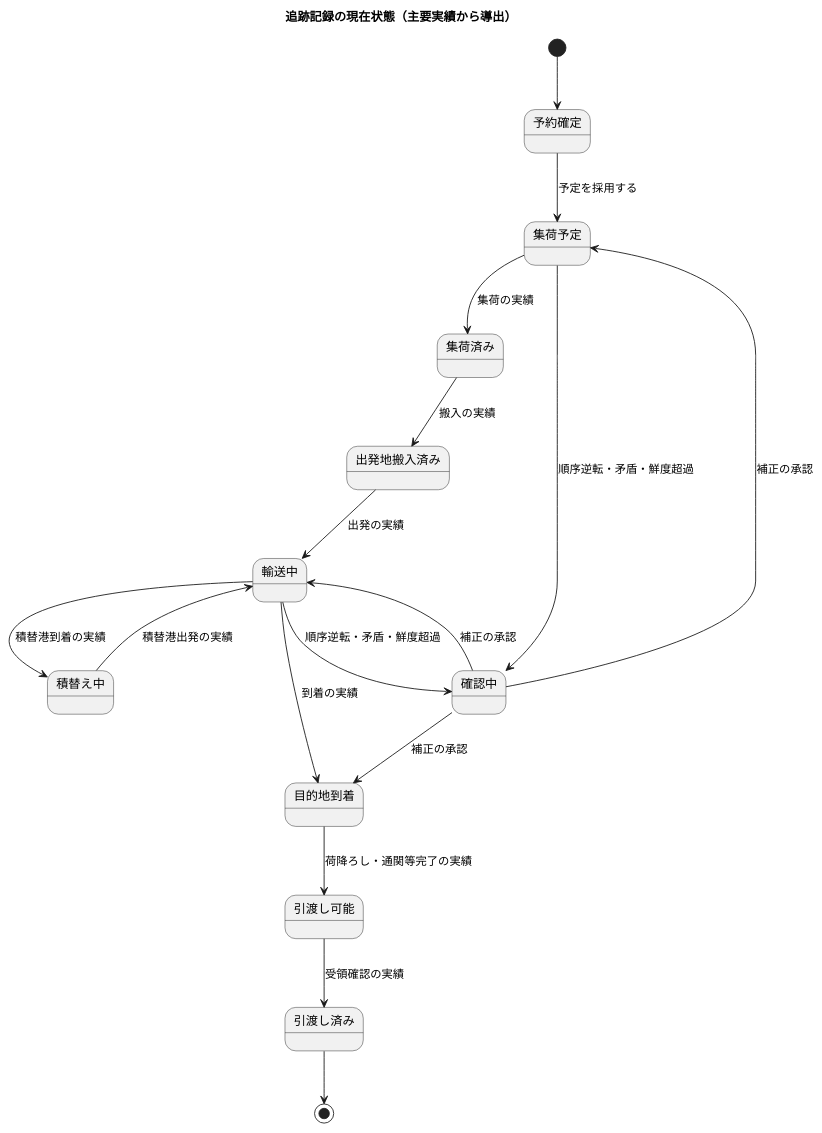
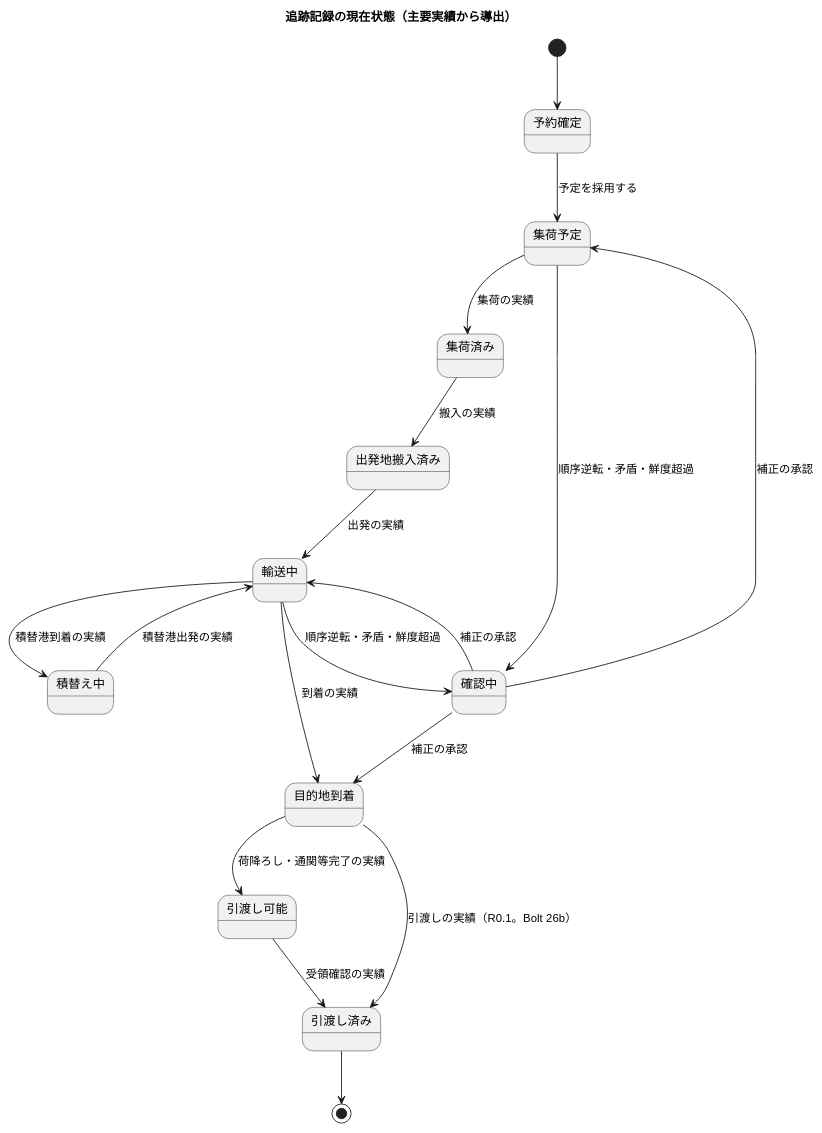
One commit to k2works/practical-domain-driven-design-in-enterpris-application changed diagram 11 of 15 in docs/design/cargo-tracker/domain_model.md. Above: the diagram before and after it, drawn with PlantUML. The commit also changed other lines of this file and 15 other files, not shown here.

````diff
--- a/docs/design/cargo-tracker/domain_model.md
+++ b/docs/design/cargo-tracker/domain_model.md
@@ -856,22 +864,23 @@
 ```plantuml
 @startuml
 title 追跡記録の現在状態（主要実績から導出）
 [*] --> 予約確定
 予約確定 --> 集荷予定 : 予定を採用する
 集荷予定 --> 集荷済み : 集荷の実績
 集荷済み --> 出発地搬入済み : 搬入の実績
 出発地搬入済み --> 輸送中 : 出発の実績
 輸送中 --> 積替え中 : 積替港到着の実績
 積替え中 --> 輸送中 : 積替港出発の実績
 輸送中 --> 目的地到着 : 到着の実績
 目的地到着 --> 引渡し可能 : 荷降ろし・通関等完了の実績
+目的地到着 --> 引渡し済み : 引渡しの実績（R0.1。Bolt 26b）
 引渡し可能 --> 引渡し済み : 受領確認の実績
 state 確認中
 集荷予定 --> 確認中 : 順序逆転・矛盾・鮮度超過
 輸送中 --> 確認中 : 順序逆転・矛盾・鮮度超過
 確認中 --> 集荷予定 : 補正の承認
 確認中 --> 輸送中 : 補正の承認
 確認中 --> 目的地到着 : 補正の承認
 引渡し済み --> [*]
 @enduml
 ```
````
